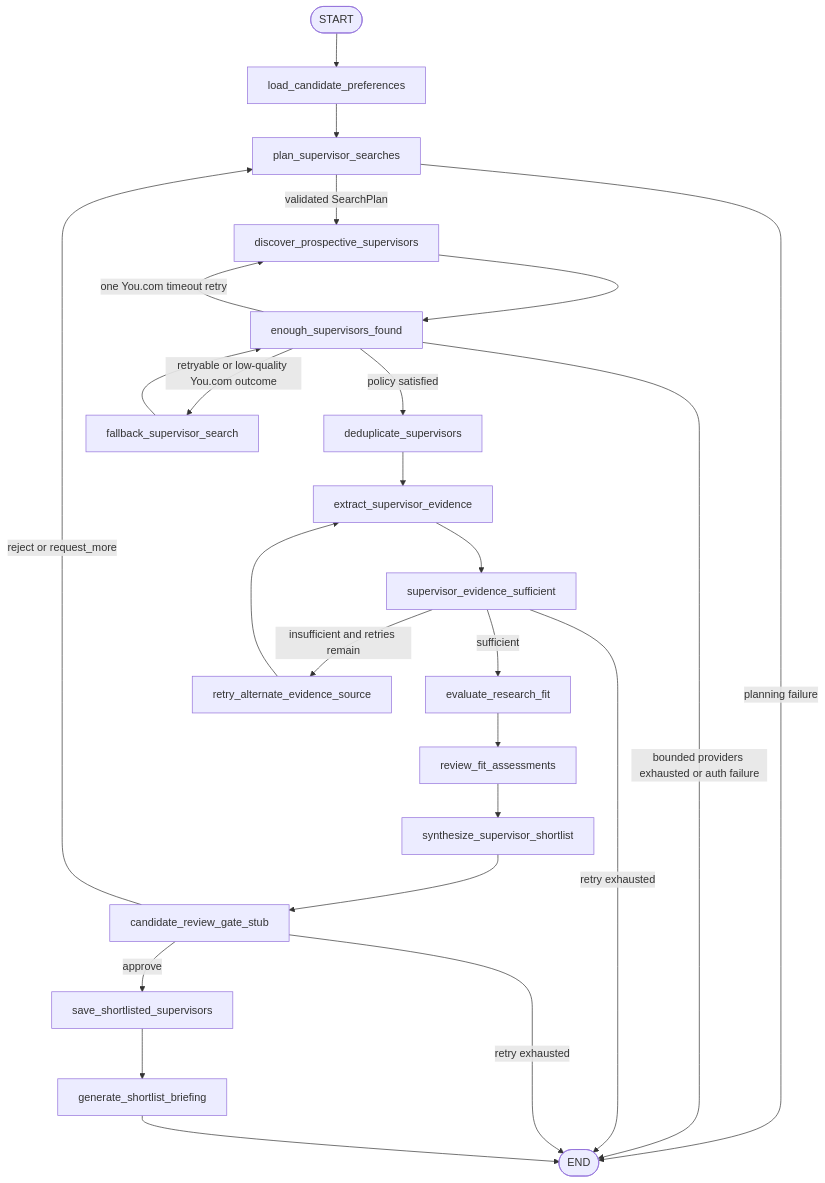
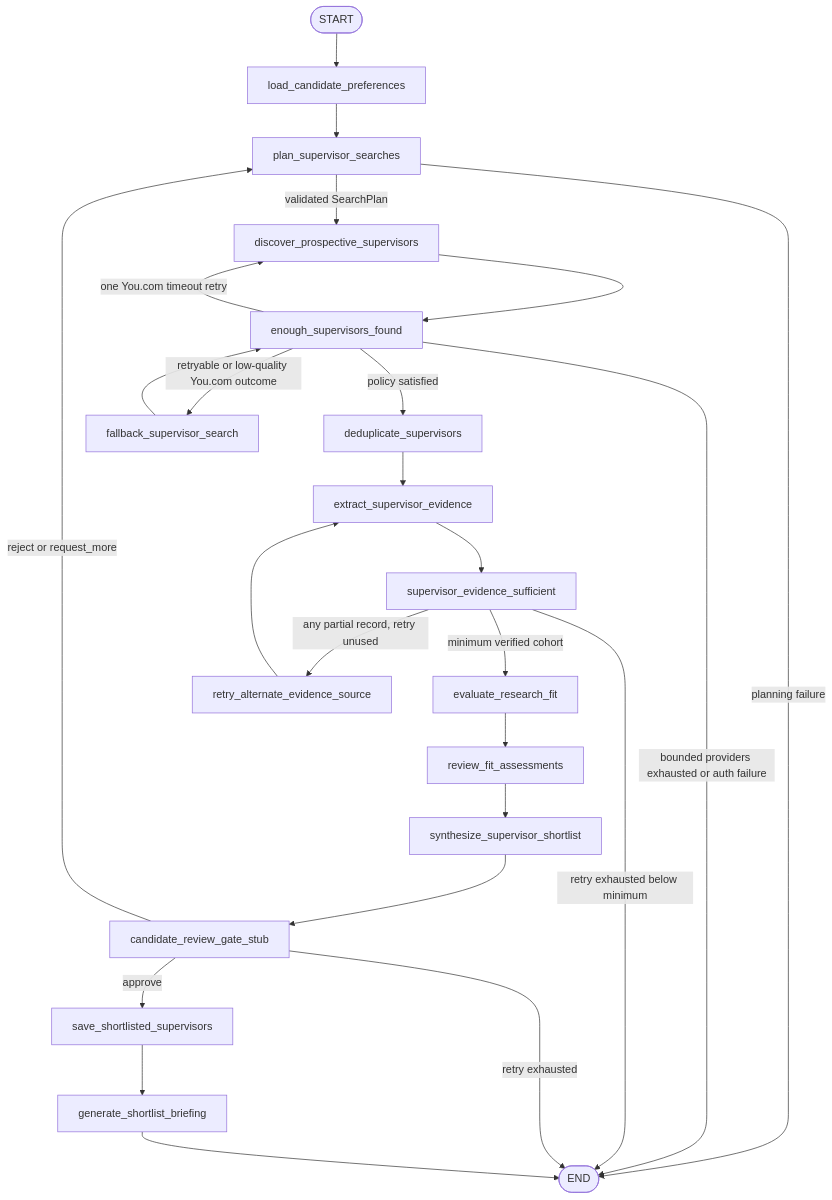
One commit to shanly-rajan/ai-builder changed the second of 7 diagrams in projects/scholar-path/README.md. Above: the diagram before and after it, drawn with Mermaid. The commit also changed other lines of this file and 57 other files, not shown here.

````diff
--- a/projects/scholar-path/README.md
+++ b/projects/scholar-path/README.md
@@ -82,27 +82,27 @@
 ```mermaid
 flowchart TD
     START([START]) --> Load[load_candidate_preferences]
     Load --> Plan[plan_supervisor_searches]
     Plan -->|validated SearchPlan| Discover[discover_prospective_supervisors]
     Plan -->|planning failure| END([END])
     Discover --> Found[enough_supervisors_found]
     Found -->|policy satisfied| Dedupe[deduplicate_supervisors]
     Found -->|retryable or low-quality You.com outcome| Fallback[fallback_supervisor_search]
     Found -->|one You.com timeout retry| Discover
     Found -->|bounded providers exhausted or auth failure| END
     Fallback --> Found
     Dedupe --> Extract[extract_supervisor_evidence]
     Extract --> Evidence[supervisor_evidence_sufficient]
-    Evidence -->|sufficient| Evaluate[evaluate_research_fit]
-    Evidence -->|insufficient and retries remain| Alternate[retry_alternate_evidence_source]
-    Evidence -->|retry exhausted| END
+    Evidence -->|minimum verified cohort| Evaluate[evaluate_research_fit]
+    Evidence -->|any partial record, retry unused| Alternate[retry_alternate_evidence_source]
+    Evidence -->|retry exhausted below minimum| END
     Alternate --> Extract
     Evaluate --> Review[review_fit_assessments]
     Review --> Synthesize[synthesize_supervisor_shortlist]
     Synthesize --> Gate[candidate_review_gate_stub]
     Gate -->|approve| Save[save_shortlisted_supervisors]
     Gate -->|reject or request_more| Plan
     Gate -->|retry exhausted| END
     Save --> Brief[generate_shortlist_briefing]
     Brief --> END
 ```
````
